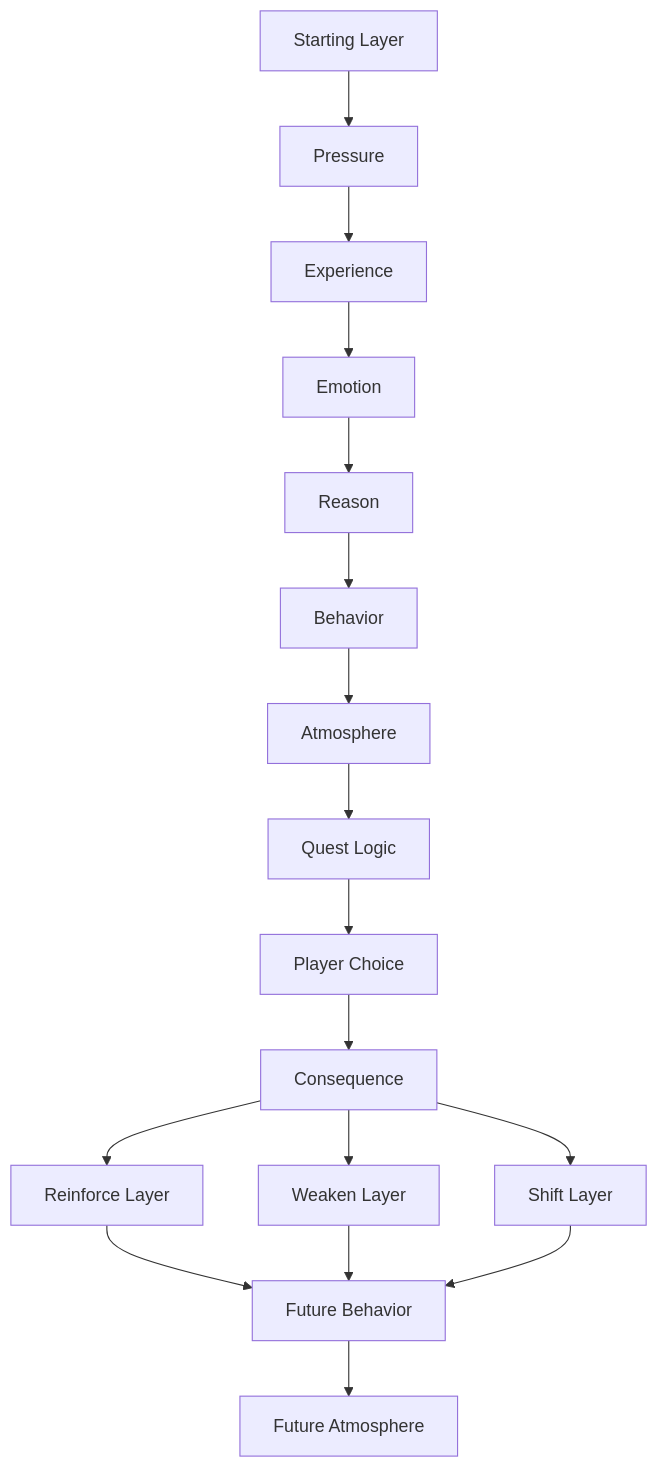
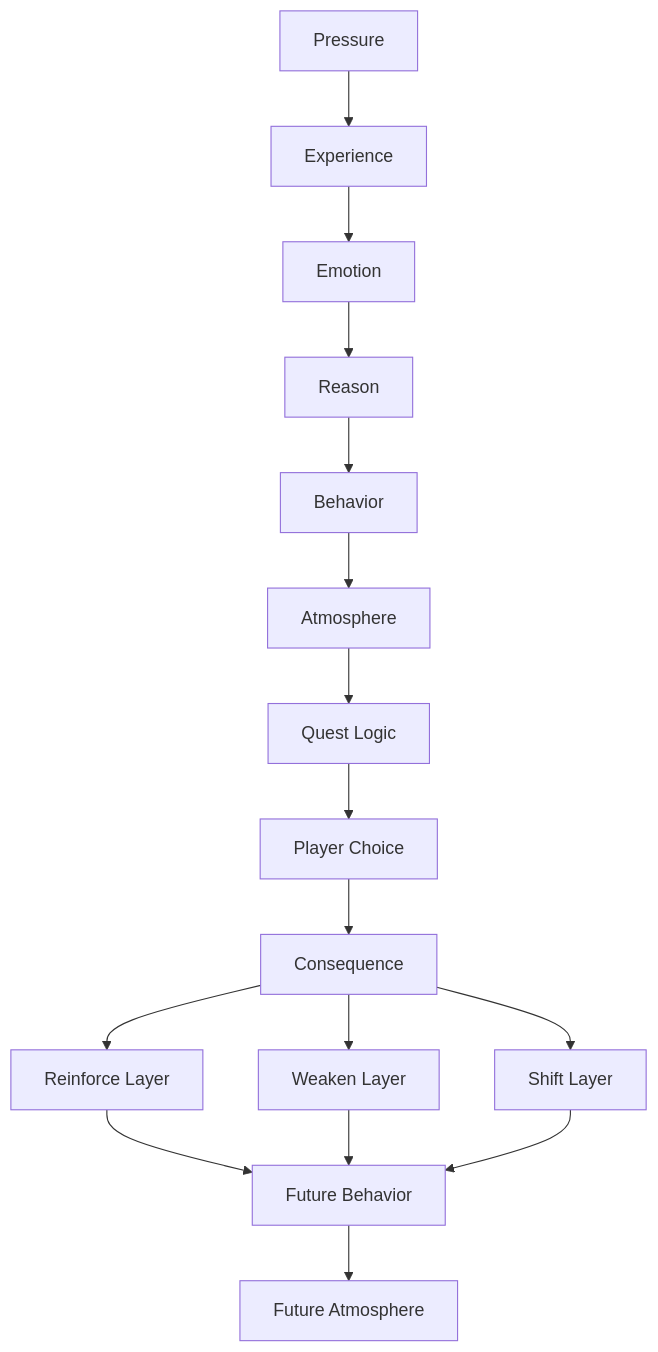
One commit to VediRago/Fragments changed the diagram in README.md. Above: the diagram before and after it, drawn with Mermaid. The commit also changed other lines of this file, not shown here.

Commit message:
Clarify method evolution in README

````diff
--- a/README.md
+++ b/README.md
@@ -49,21 +53,20 @@
 ```mermaid
 flowchart TD
-    A[Starting Layer] --> B[Pressure]
-    B --> C[Experience]
-    C --> D[Emotion]
-    D --> E[Reason]
-    E --> F[Behavior]
-    F --> G[Atmosphere]
-    G --> H[Quest Logic]
-    H --> I[Player Choice]
-    I --> J[Consequence]
+    A[Pressure] --> B[Experience]
+    B --> C[Emotion]
+    C --> D[Reason]
+    D --> E[Behavior]
+    E --> F[Atmosphere]
+    F --> G[Quest Logic]
+    G --> H[Player Choice]
+    H --> I[Consequence]
 
-    J --> K[Reinforce Layer]
-    J --> L[Weaken Layer]
-    J --> M[Shift Layer]
+    I --> J[Reinforce Layer]
+    I --> K[Weaken Layer]
+    I --> L[Shift Layer]
 
-    K --> N[Future Behavior]
-    L --> N
-    M --> N
-    N --> O[Future Atmosphere]
+    J --> M[Future Behavior]
+    K --> M
+    L --> M
+    M --> N[Future Atmosphere]
 ```
````
